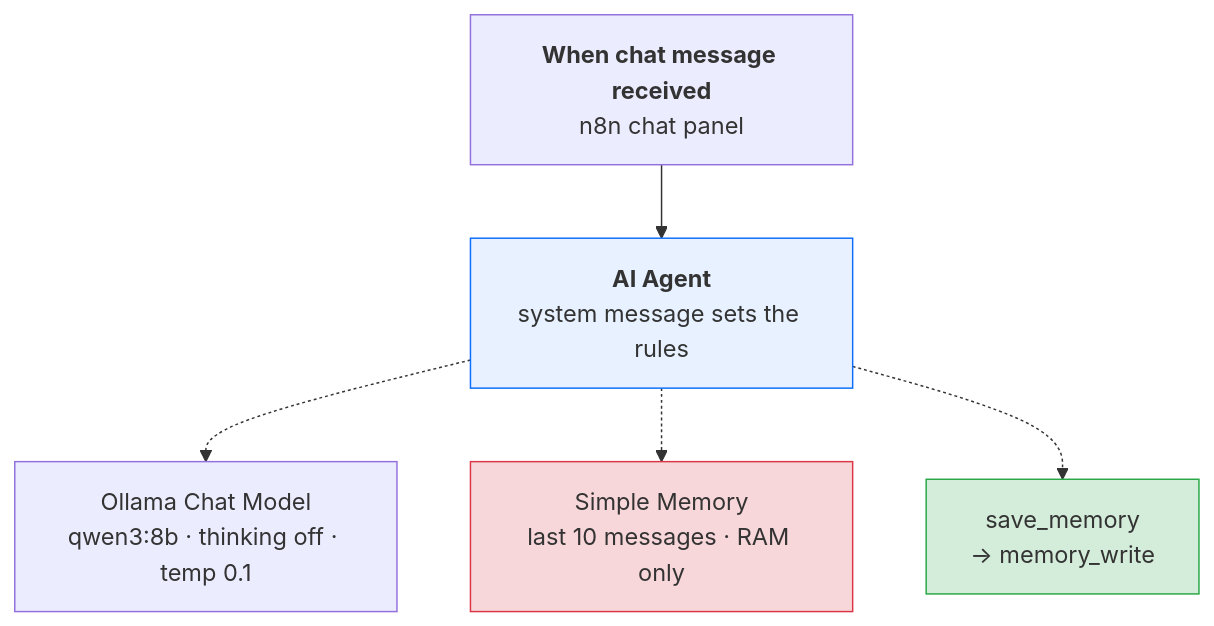
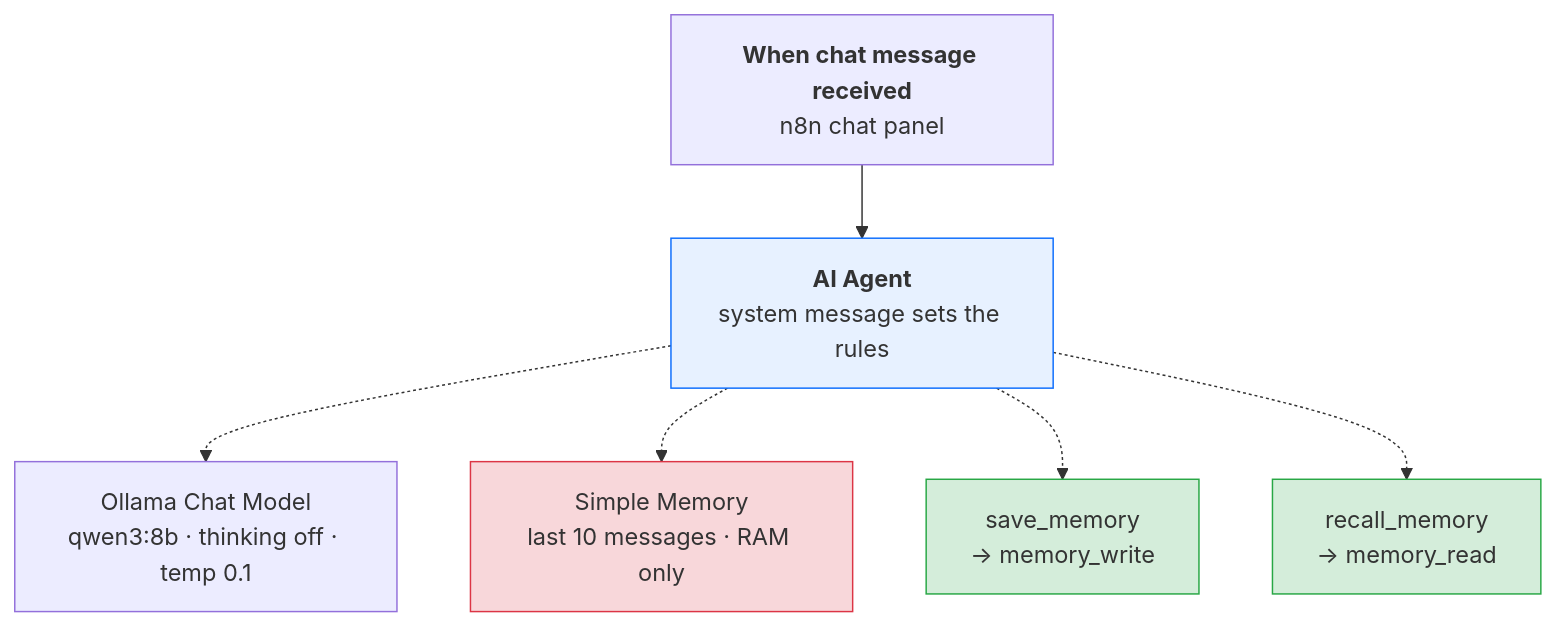
One commit to zeltraxion/automation-stack changed the diagram in docs/tars_agent.md. Above: the diagram before and after it, drawn with Mermaid. The commit also changed other lines of this file and 3 other files, not shown here.

Commit message:
docs: create docs for memory_read workflow and update previous docs with new implementation

````diff
--- a/docs/tars_agent.md
+++ b/docs/tars_agent.md
@@ -9,15 +9,18 @@
 ```mermaid
 flowchart TD
     A["<b>When chat message received</b><br/>n8n chat panel"]
     B["<b>AI Agent</b><br/>system message sets the rules"]
     C["Ollama Chat Model<br/>qwen3:8b · thinking off · temp 0.1"]
     D["Simple Memory<br/>last 10 messages · RAM only"]
     E["save_memory<br/>→ memory_write"]
+    F["recall_memory<br/>→ memory_read"]
     A --> B
     B -.-> C
     B -.-> D
     B -.-> E
+    B -.-> F
     style B fill:#e7f1ff,stroke:#0d6efd
     style D fill:#f8d7da,stroke:#dc3545
     style E fill:#d4edda,stroke:#28a745
+    style F fill:#d4edda,stroke:#28a745
 ```
````
